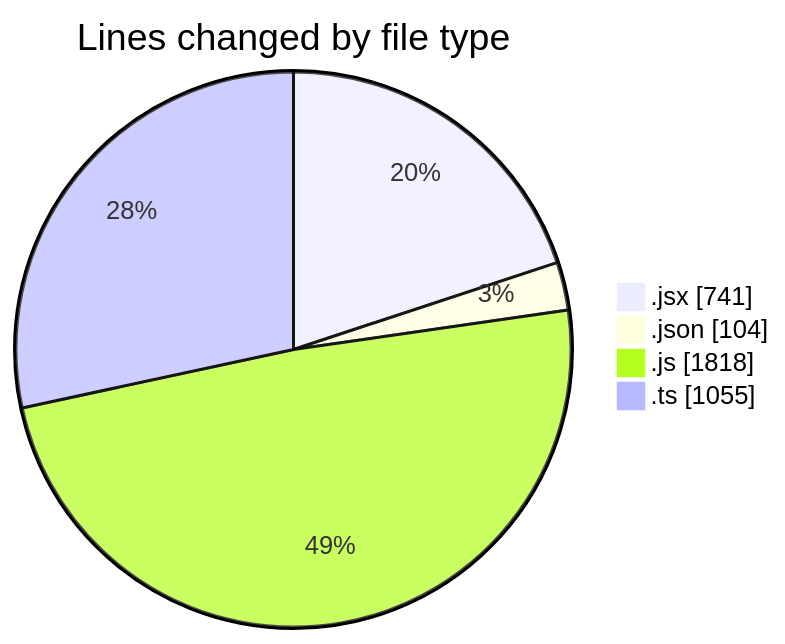
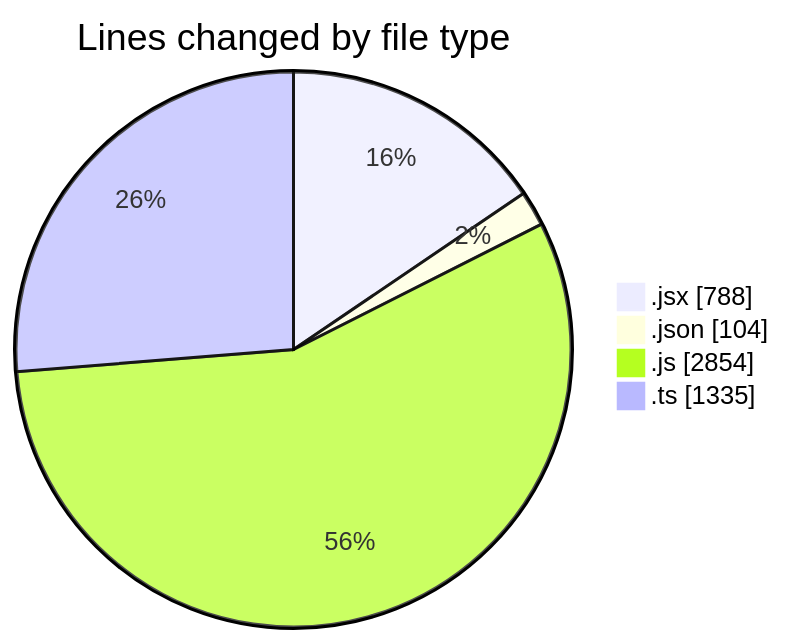
One commit to momahboobian/code-tracking changed the first of 2 diagrams in 2025-05-19/cda/README.md. Above: the diagram before and after it, drawn with Mermaid. The commit also changed other lines of this file and 1 other file, not shown here.

````diff
--- a/2025-05-19/cda/README.md
+++ b/2025-05-19/cda/README.md
@@ -29,8 +31,8 @@
 ```mermaid
 pie showData
 title Lines changed by file type
-".jsx" : 741
+".jsx" : 788
 ".json" : 104
-".js" : 1818
-".ts" : 1055
+".js" : 2854
+".ts" : 1335
 ```
````
